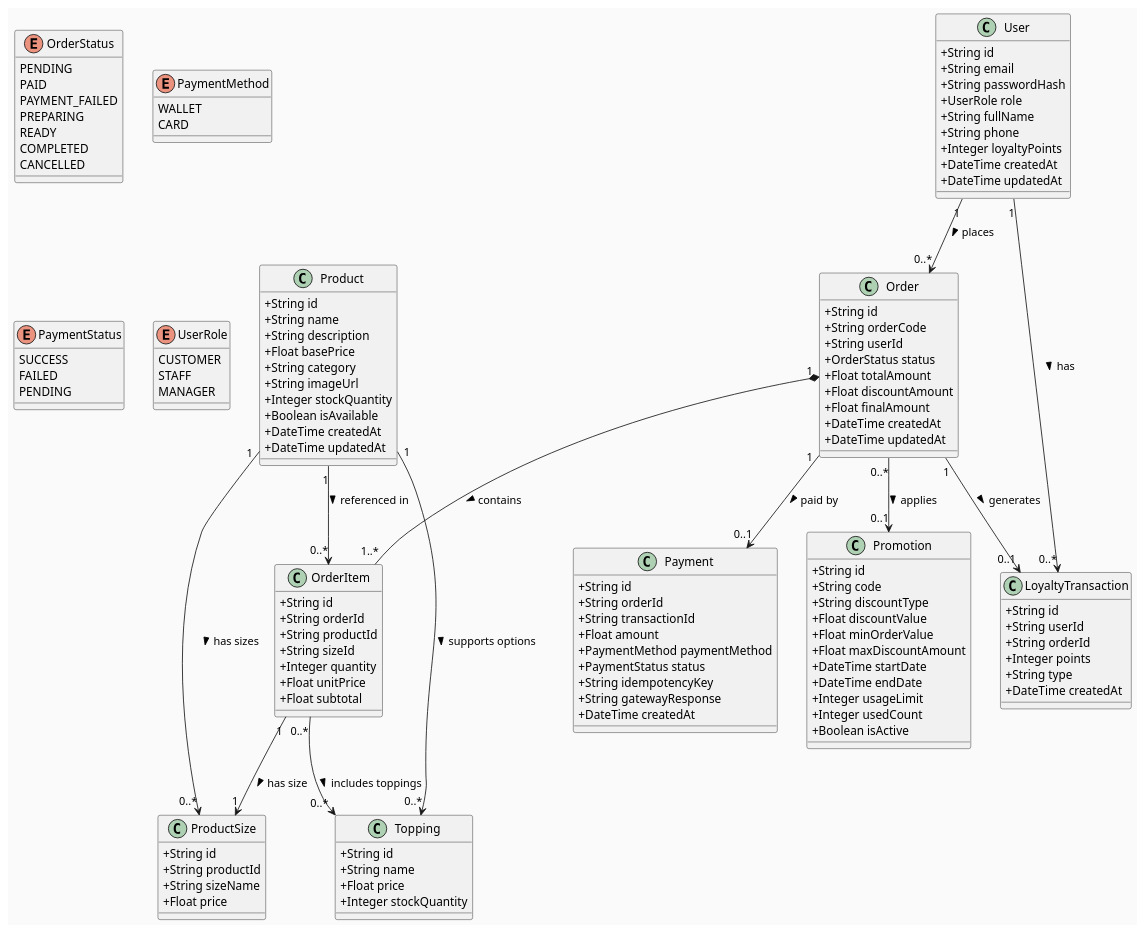
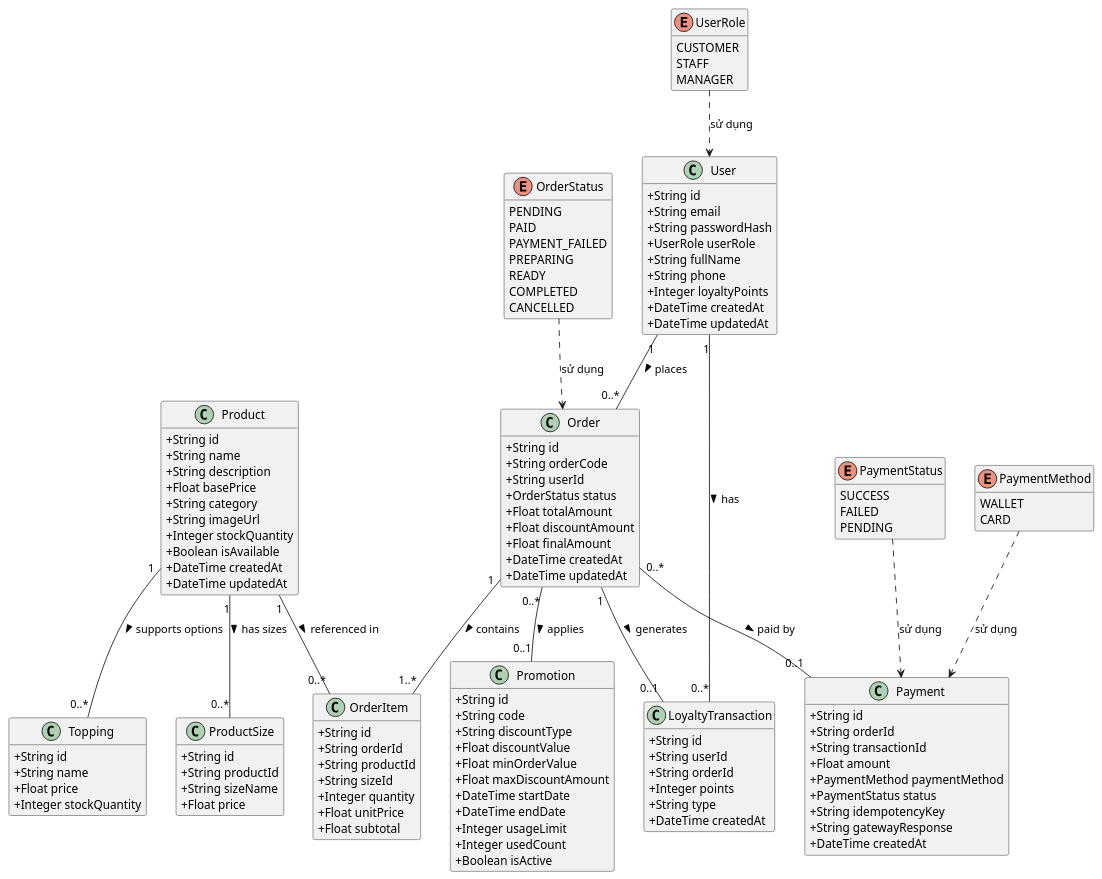
One commit to lmhau68/BrewLite2 changed the diagram in docs/diagrams/class-diagram.puml. Above: the diagram before and after it, drawn with PlantUML. The commit also changed 1 other file, not shown here.

Commit message:
update: cap nhat lai class diagram

```diff
--- a/docs/diagrams/class-diagram.puml
+++ b/docs/diagrams/class-diagram.puml
@@ -1,141 +1,147 @@
-@startuml
+@startuml class-diagram
 skinparam classAttributeIconSize 0
-skinparam backgroundColor #FAFAFA
-skinparam shadowing false
+hide methods
 
+' Định nghĩa các Enum
 enum OrderStatus {
-  PENDING
-  PAID
-  PAYMENT_FAILED
-  PREPARING
-  READY
-  COMPLETED
-  CANCELLED
+    PENDING
+    PAID
+    PAYMENT_FAILED
+    PREPARING
+    READY
+    COMPLETED
+    CANCELLED
 }
 
 enum PaymentMethod {
-  WALLET
-  CARD
+    WALLET
+    CARD
 }
 
 enum PaymentStatus {
-  SUCCESS
-  FAILED
-  PENDING
+    SUCCESS
+    FAILED
+    PENDING
 }
 
 enum UserRole {
-  CUSTOMER
-  STAFF
-  MANAGER
+    CUSTOMER
+    STAFF
+    MANAGER
 }
 
+' Định nghĩa các Class
 class User {
-  + String id
-  + String email
-  + String passwordHash
-  + UserRole role
-  + String fullName
-  + String phone
-  + Integer loyaltyPoints
-  + DateTime createdAt
-  + DateTime updatedAt
+    +String id
+    +String email
+    +String passwordHash
+    +UserRole userRole
+    +String fullName
+    +String phone
+    +Integer loyaltyPoints
+    +DateTime createdAt
+    +DateTime updatedAt
 }
 
 class Product {
-  + String id
-  + String name
-  + String description
-  + Float basePrice
-  + String category
-  + String imageUrl
-  + Integer stockQuantity
-  + Boolean isAvailable
-  + DateTime createdAt
-  + DateTime updatedAt
+    +String id
+    +String name
+    +String description
+    +Float basePrice
+    +String category
+    +String imageUrl
+    +Integer stockQuantity
+    +Boolean isAvailable
+    +DateTime createdAt
+    +DateTime updatedAt
 }
 
 class ProductSize {
-  + String id
-  + String productId
-  + String sizeName
-  + Float price
+    +String id
+    +String productId
+    +String sizeName
+    +Float price
 }
 
 class Topping {
-  + String id
-  + String name
-  + Float price
-  + Integer stockQuantity
+    +String id
+    +String name
+    +Float price
+    +Integer stockQuantity
 }
 
 class Order {
-  + String id
-  + String orderCode
-  + String userId
-  + OrderStatus status
-  + Float totalAmount
-  + Float discountAmount
-  + Float finalAmount
-  + DateTime createdAt
-  + DateTime updatedAt
+    +String id
+    +String orderCode
+    +String userId
+    +OrderStatus status
+    +Float totalAmount
+    +Float discountAmount
+    +Float finalAmount
+    +DateTime createdAt
+    +DateTime updatedAt
 }
 
 class OrderItem {
-  + String id
-  + String orderId
-  + String productId
-  + String sizeId
-  + Integer quantity
-  + Float unitPrice
-  + Float subtotal
+    +String id
+    +String orderId
+    +String productId
+    +String sizeId
+    +Integer quantity
+    +Float unitPrice
+    +Float subtotal
 }
 
 class Payment {
-  + String id
-  + String orderId
-  + String transactionId
-  + Float amount
-  + PaymentMethod paymentMethod
-  + PaymentStatus status
-  + String idempotencyKey
-  + String gatewayResponse
-  + DateTime createdAt
+    +String id
+    +String orderId
+    +String transactionId
+    +Float amount
+    +PaymentMethod paymentMethod
+    +PaymentStatus status
+    +String idempotencyKey
+    +String gatewayResponse
+    +DateTime createdAt
 }
 
 class Promotion {
-  + String id
-  + String code
-  + String discountType
-  + Float discountValue
-  + Float minOrderValue
-  + Float maxDiscountAmount
-  + DateTime startDate
-  + DateTime endDate
-  + Integer usageLimit
-  + Integer usedCount
-  + Boolean isActive
+    +String id
+    +String code
+    +String discountType
+    +Float discountValue
+    +Float minOrderValue
+    +Float maxDiscountAmount
+    +DateTime startDate
+    +DateTime endDate
+    +Integer usageLimit
+    +Integer usedCount
+    +Boolean isActive
 }
 
 class LoyaltyTransaction {
-  + String id
-  + String userId
-  + String orderId
-  + Integer points
-  + String type
-  + DateTime createdAt
+    +String id
+    +String userId
+    +String orderId
+    +Integer points
+    +String type
+    +DateTime createdAt
 }
 
-User "1" --> "0..*" Order : places >
-User "1" --> "0..*" LoyaltyTransaction : has >
-Order "1" *-- "1..*" OrderItem : contains >
-Product "1" --> "0..*" OrderItem : referenced in >
-Product "1" --> "0..*" ProductSize : has sizes >
-Product "1" --> "0..*" Topping : supports options >
-OrderItem "1" --> "1" ProductSize : has size >
-OrderItem "0..*" --> "0..*" Topping : includes toppings >
-Order "1" --> "0..1" Payment : paid by >
-Order "0..*" --> "0..1" Promotion : applies >
-Order "1" --> "0..1" LoyaltyTransaction : generates >
+' Liên kết Enum với các Class sử dụng chúng
+OrderStatus ..> Order : sử dụng
+PaymentMethod ..> Payment : sử dụng
+PaymentStatus ..> Payment : sử dụng
+UserRole ..> User : sử dụng
+
+' Quan hệ giữa các Class
+User "1" -- "0..*" Order : places >
+User "1" -- "0..*" LoyaltyTransaction : has >
+Order "1" -- "1..*" OrderItem : contains >
+Order "0..*" -- "0..1" Promotion : applies >
+Order "0..*" -- "0..1" Payment : paid by >
+Order "1" -- "0..1" LoyaltyTransaction : generates >
+Product "1" -- "0..*" ProductSize : has sizes >
+Product "1" -- "0..*" Topping : supports options >
+Product "1" -- "0..*" OrderItem : referenced in >
 
 @enduml
```
